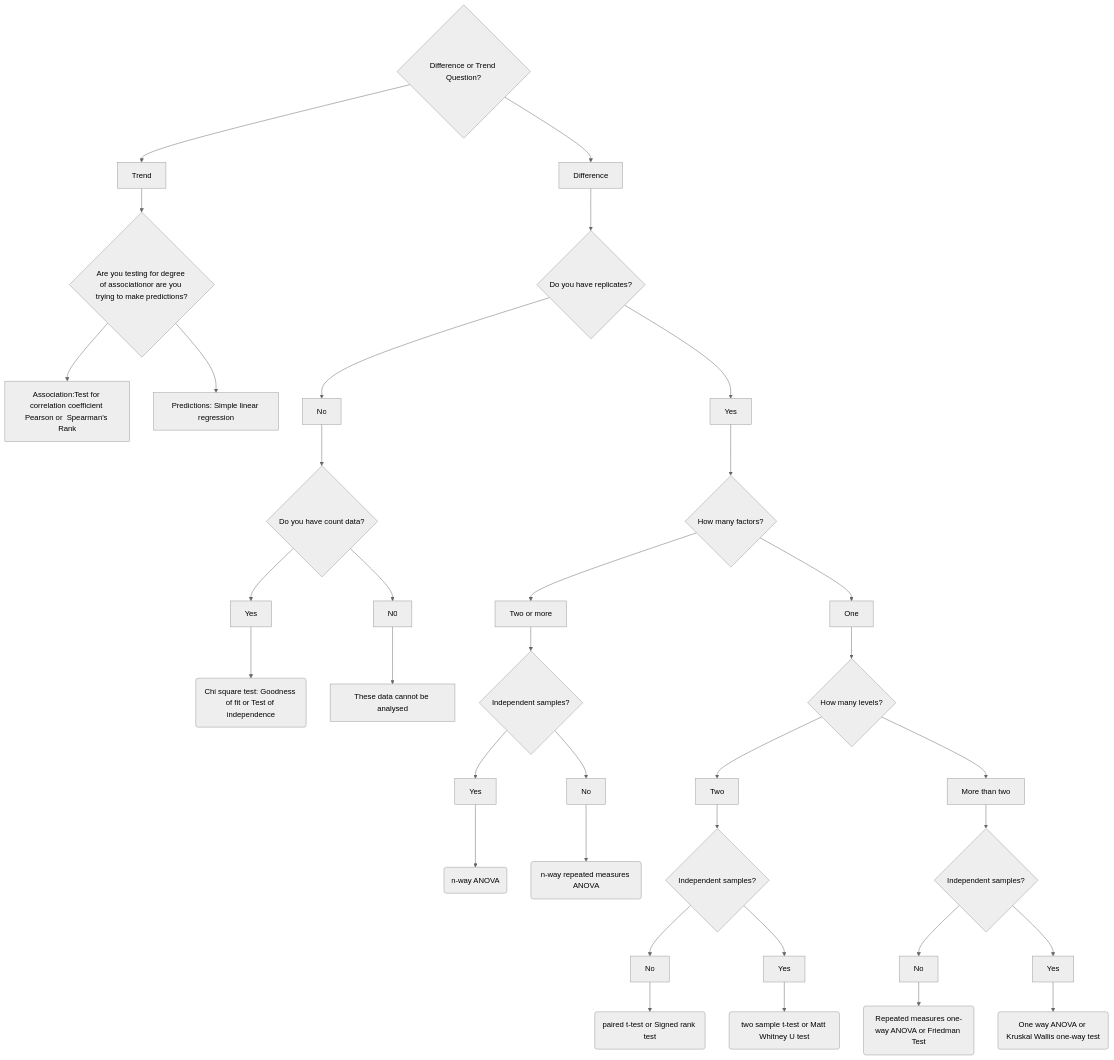
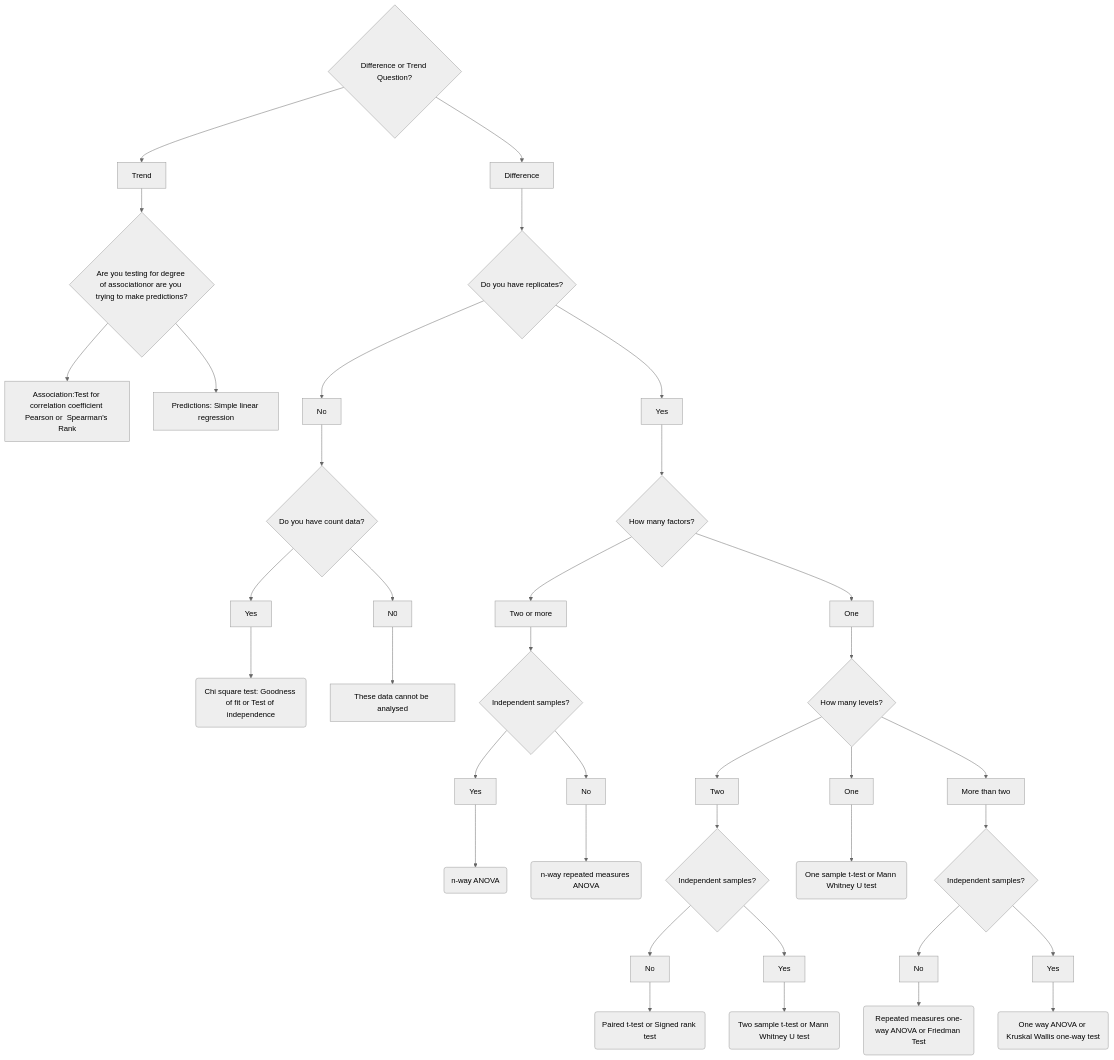
One commit to mbh038/r4nqy changed the diagram in test_finder.qmd. Above: the diagram before and after it, drawn with Mermaid (neutral theme). The commit also changed 2 other files, not shown here.

````diff
--- a/test_finder.qmd
+++ b/test_finder.qmd
@@ -11,43 +11,45 @@
 ```{mermaid, include = TRUE, echo = FALSE}
 
 %%| fig-width: 10
 %%| fig-align: "centre"
 %%| column: page-right
 
 flowchart TD
   A{Difference or Trend Question?} --> B[Trend]
   B --> B2{Are you testing for degree of associationor are you trying to make predictions?}
   B2 --> B33[Association:Test for correlation coefficient Pearson or  Spearman's Rank]
   B2 --> B44[Predictions: Simple linear regression]
   A --> C[Difference]
   C --> C22{Do you have replicates?}
   C22 --> C22Y[Yes]
   C22 --> C22N[No]
   C22N --> C23{Do you have count data?}
   C23 --> C23Y[Yes]
   C23 --> C23N[N0]
   C23Y --> C24(Chi square test: Goodness of fit or Test of independence)
   C23N --> C25[These data cannot be analysed]
   C22Y --> D{How many factors?}
   D --> F[Two or more]
   F --> F2{Independent samples?}
   F2 --> F2Y[Yes]
   F2 --> F2N[No]
   F2Y --> F22Y(n-way ANOVA)
   F2N --> F22N(n-way repeated measures ANOVA)
   D --> E[One]
   E --> G{How many levels?}
-  G --> H[Two]
+  G --> H[One]
+  G --> Ha[Two]
   G --> I[More than two]
   I --> J{Independent samples?}
   J --> K[No]
   J --> L[Yes]
   K --> S(Repeated measures one-way ANOVA or Friedman Test)
   L --> T(One way ANOVA or Kruskal Wallis one-way test)
-  H --> M{Independent samples?}
+  H --> R(One sample t-test or Mann Whitney U test)
+  Ha --> M{Independent samples?}
   M --> N[No]
   M --> O[Yes]
-  N --> P(paired t-test or Signed rank test)
-  O --> Q(two sample t-test or Matt Whitney U test)
+  N --> P(Paired t-test or Signed rank test)
+  O --> Q(Two sample t-test or Mann Whitney U test)
   
 ```
````
